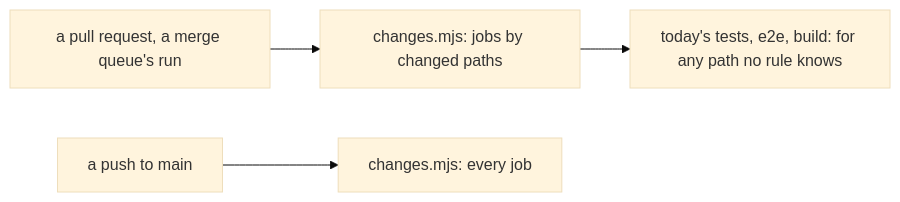
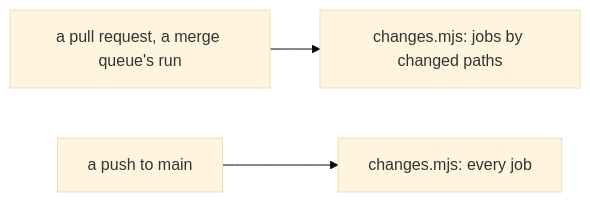
One commit to kamp-us/tea-fabrika changed the first of 2 diagrams in .decisions/0175-every-run-follows-its-paths.md. Above: the diagram before and after it, drawn with Mermaid (base theme). The commit also changed other lines of this file and 4 other files, not shown here.

````diff
--- a/.decisions/0175-every-run-follows-its-paths.md
+++ b/.decisions/0175-every-run-follows-its-paths.md
@@ -13,6 +13,5 @@
 ```mermaid
 flowchart LR
   pr["a pull request, a merge queue's run"] --> paths["changes.mjs: jobs by changed paths"]
   push["a push to main"] --> every["changes.mjs: every job"]
-  paths --> old["today's tests, e2e, build: for any path no rule knows"]
 ```
````
